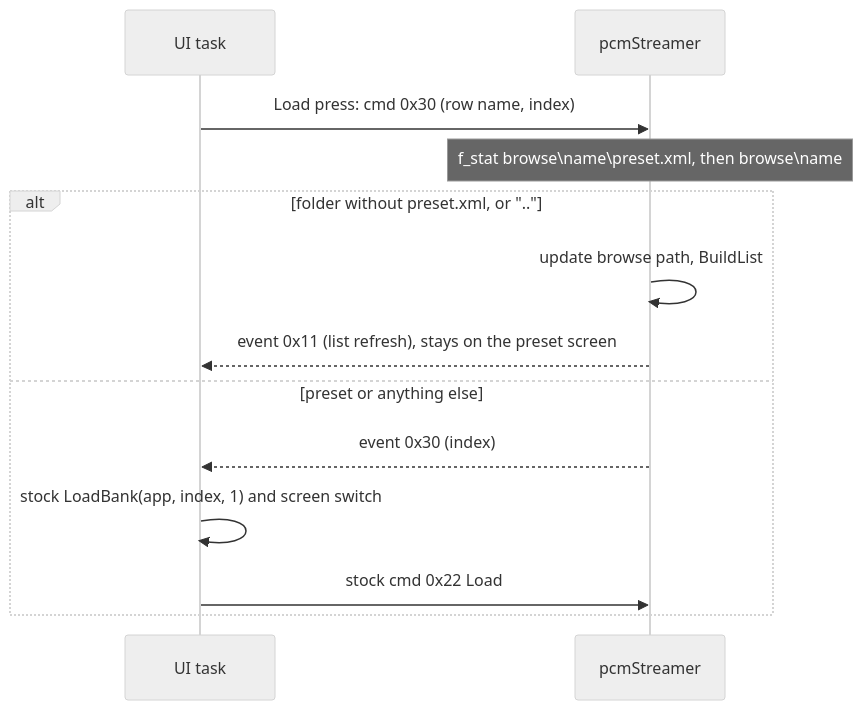
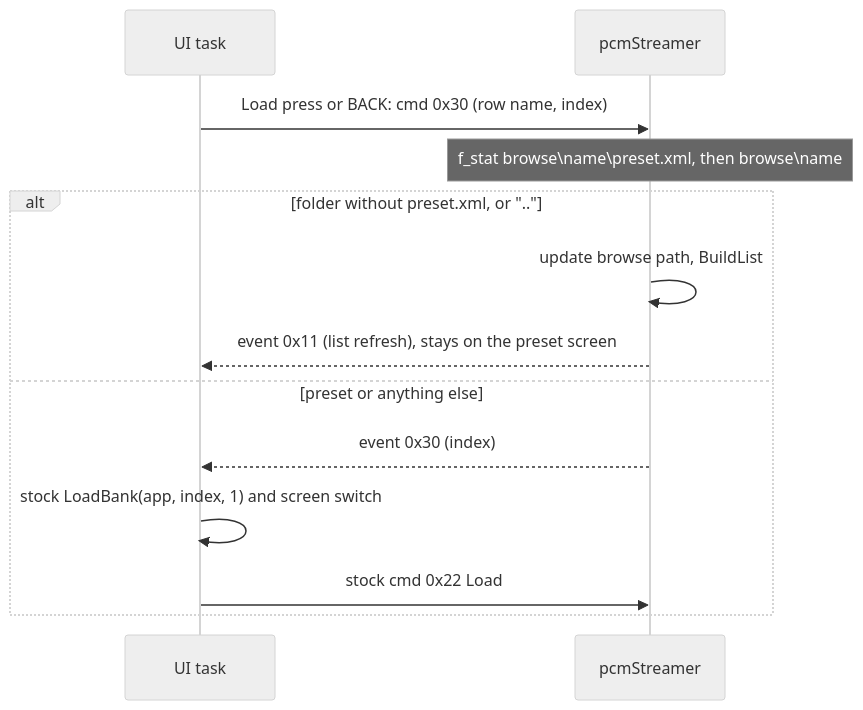
Before and after one commit to Blindsmyth/custom-blackbox-fw: the first of 2 diagrams in docs/preset-folders.md, drawn with Mermaid (neutral theme). The commit also changed other lines of this file and 11 other files, not shown here.

````diff
--- a/docs/preset-folders.md
+++ b/docs/preset-folders.md
@@ -38,15 +39,15 @@
 ```mermaid
 sequenceDiagram
   participant UI as UI task
   participant S as pcmStreamer
-  UI->>S: Load press: cmd 0x30 (row name, index)
+  UI->>S: Load press or BACK: cmd 0x30 (row name, index)
   Note over S: f_stat browse\name\preset.xml, then browse\name
   alt folder without preset.xml, or ".."
     S->>S: update browse path, BuildList
     S-->>UI: event 0x11 (list refresh), stays on the preset screen
   else preset or anything else
     S-->>UI: event 0x30 (index)
     UI->>UI: stock LoadBank(app, index, 1) and screen switch
     UI->>S: stock cmd 0x22 Load
   end
 ```
````
